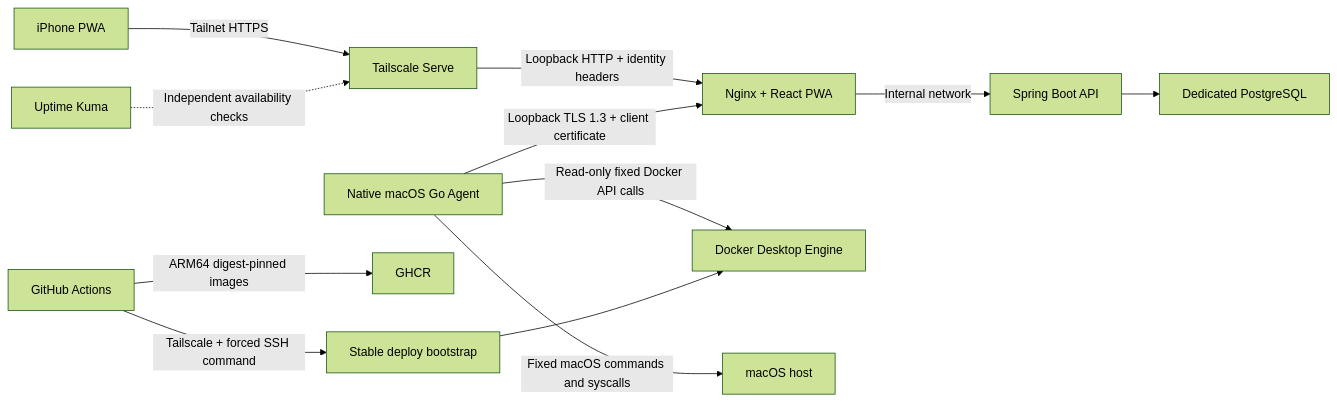
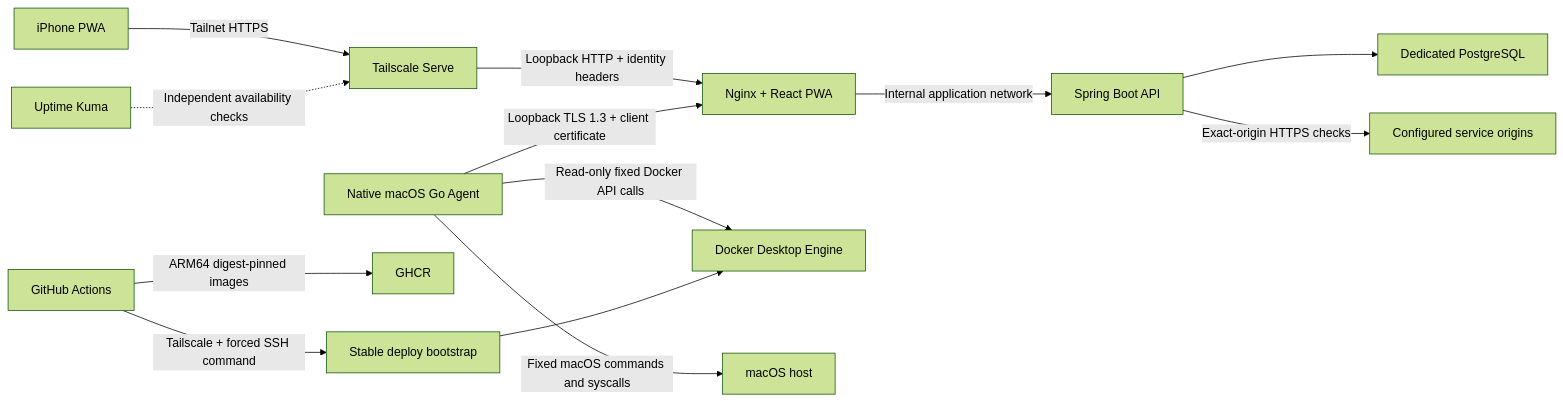
The diagram in docs/architecture.md (xxh3898/homeops), drawn with Mermaid (forest theme) before and after one commit. The commit also changed other lines of this file and 5 other files, not shown here.

First line of the commit message:
fix: API monitored service egress 경계 보강

````diff
--- a/docs/architecture.md
+++ b/docs/architecture.md
@@ -11,14 +11,15 @@
 ```mermaid
 flowchart LR
     phone["iPhone PWA"] -->|"Tailnet HTTPS"| serve["Tailscale Serve"]
     serve -->|"Loopback HTTP + identity headers"| web["Nginx + React PWA"]
-    web -->|"Internal network"| api["Spring Boot API"]
+    web -->|"Internal application network"| api["Spring Boot API"]
     api --> db["Dedicated PostgreSQL"]
+    api -->|"Exact-origin HTTPS checks"| monitored["Configured service origins"]
     agent["Native macOS Go Agent"] -->|"Loopback TLS 1.3 + client certificate"| web
     agent -->|"Read-only fixed Docker API calls"| docker["Docker Desktop Engine"]
     agent -->|"Fixed macOS commands and syscalls"| mac["macOS host"]
     actions["GitHub Actions"] -->|"ARM64 digest-pinned images"| ghcr["GHCR"]
     actions -->|"Tailscale + forced SSH command"| bootstrap["Stable deploy bootstrap"]
     bootstrap --> docker
     kuma["Uptime Kuma"] -.->|"Independent availability checks"| serve
 ```
````
